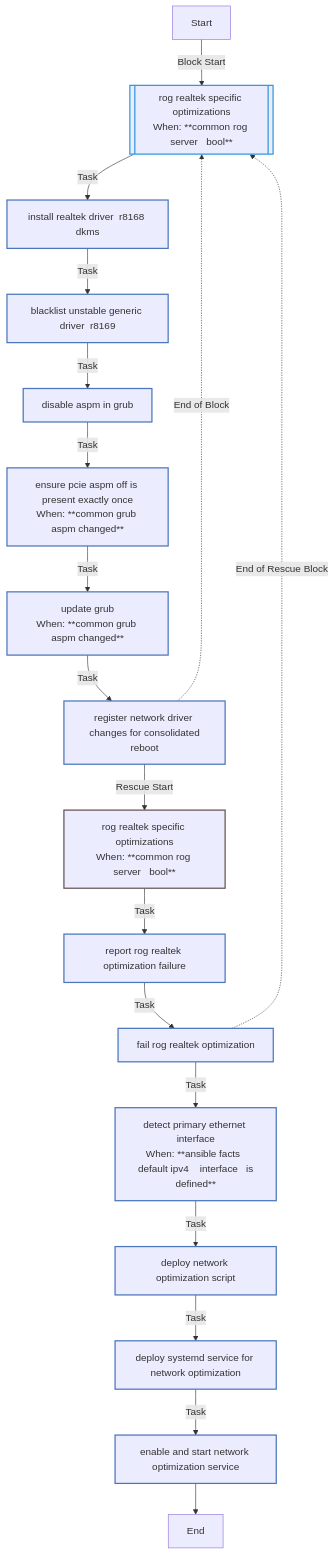
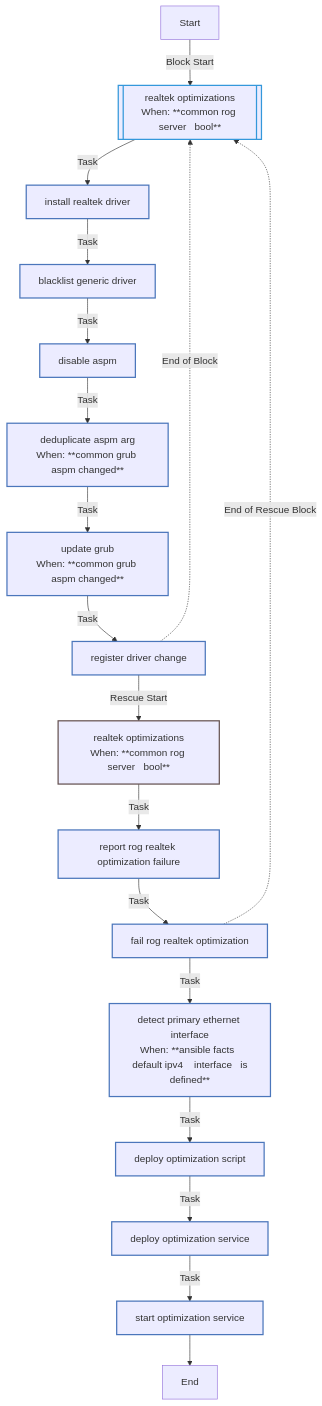
One commit to rou-cru/k3s-homelab changed the fifth of 8 diagrams in roles/common/README.md. Above: the diagram before and after it, drawn with Mermaid. The commit also changed other lines of this file and 16 other files, not shown here.

````diff
--- a/roles/common/README.md
+++ b/roles/common/README.md
@@ -456,30 +456,30 @@
 ```mermaid
 flowchart TD
 Start
 classDef block stroke:#3498db,stroke-width:2px;
 classDef task stroke:#4b76bb,stroke-width:2px;
 classDef includeTasks stroke:#16a085,stroke-width:2px;
 classDef importTasks stroke:#34495e,stroke-width:2px;
 classDef includeRole stroke:#2980b9,stroke-width:2px;
 classDef importRole stroke:#699ba7,stroke-width:2px;
 classDef includeVars stroke:#8e44ad,stroke-width:2px;
 classDef rescue stroke:#665352,stroke-width:2px;
 
-  Start-->|Block Start| RoG_Realtek_Specific_Optimizations0_block_start_0[[rog realtek specific optimizations<br>When: **common rog server   bool**]]:::block
-  RoG_Realtek_Specific_Optimizations0_block_start_0-->|Task| Install_Realtek_driver__r8168_dkms_0[install realtek driver  r8168 dkms ]:::task
-  Install_Realtek_driver__r8168_dkms_0-->|Task| Blacklist_unstable_generic_driver__r8169_1[blacklist unstable generic driver  r8169 ]:::task
-  Blacklist_unstable_generic_driver__r8169_1-->|Task| Disable_ASPM_in_GRUB2[disable aspm in grub]:::task
-  Disable_ASPM_in_GRUB2-->|Task| Ensure_pcie_aspm_off_is_present_exactly_once3[ensure pcie aspm off is present exactly once<br>When: **common grub aspm changed**]:::task
-  Ensure_pcie_aspm_off_is_present_exactly_once3-->|Task| Update_GRUB4[update grub<br>When: **common grub aspm changed**]:::task
-  Update_GRUB4-->|Task| Register_network_driver_changes_for_consolidated_reboot5[register network driver changes for consolidated<br>reboot]:::task
-  Register_network_driver_changes_for_consolidated_reboot5-.->|End of Block| RoG_Realtek_Specific_Optimizations0_block_start_0
-  Register_network_driver_changes_for_consolidated_reboot5-->|Rescue Start| RoG_Realtek_Specific_Optimizations0_rescue_start_0[rog realtek specific optimizations<br>When: **common rog server   bool**]:::rescue
-  RoG_Realtek_Specific_Optimizations0_rescue_start_0-->|Task| Report_RoG_Realtek_optimization_failure0[report rog realtek optimization failure]:::task
+  Start-->|Block Start| Realtek_optimizations0_block_start_0[[realtek optimizations<br>When: **common rog server   bool**]]:::block
+  Realtek_optimizations0_block_start_0-->|Task| Install_Realtek_driver0[install realtek driver]:::task
+  Install_Realtek_driver0-->|Task| Blacklist_generic_driver1[blacklist generic driver]:::task
+  Blacklist_generic_driver1-->|Task| Disable_ASPM2[disable aspm]:::task
+  Disable_ASPM2-->|Task| Deduplicate_ASPM_arg3[deduplicate aspm arg<br>When: **common grub aspm changed**]:::task
+  Deduplicate_ASPM_arg3-->|Task| Update_GRUB4[update grub<br>When: **common grub aspm changed**]:::task
+  Update_GRUB4-->|Task| Register_driver_change5[register driver change]:::task
+  Register_driver_change5-.->|End of Block| Realtek_optimizations0_block_start_0
+  Register_driver_change5-->|Rescue Start| Realtek_optimizations0_rescue_start_0[realtek optimizations<br>When: **common rog server   bool**]:::rescue
+  Realtek_optimizations0_rescue_start_0-->|Task| Report_RoG_Realtek_optimization_failure0[report rog realtek optimization failure]:::task
   Report_RoG_Realtek_optimization_failure0-->|Task| Fail_RoG_Realtek_optimization1[fail rog realtek optimization]:::task
-  Fail_RoG_Realtek_optimization1-.->|End of Rescue Block| RoG_Realtek_Specific_Optimizations0_block_start_0
+  Fail_RoG_Realtek_optimization1-.->|End of Rescue Block| Realtek_optimizations0_block_start_0
   Fail_RoG_Realtek_optimization1-->|Task| Detect_primary_ethernet_interface1[detect primary ethernet interface<br>When: **ansible facts  default ipv4    interface   is<br>defined**]:::task
-  Detect_primary_ethernet_interface1-->|Task| Deploy_network_optimization_script2[deploy network optimization script]:::task
-  Deploy_network_optimization_script2-->|Task| Deploy_systemd_service_for_network_optimization3[deploy systemd service for network optimization]:::task
-  Deploy_systemd_service_for_network_optimization3-->|Task| Enable_and_start_network_optimization_service4[enable and start network optimization service]:::task
-  Enable_and_start_network_optimization_service4-->End
+  Detect_primary_ethernet_interface1-->|Task| Deploy_optimization_script2[deploy optimization script]:::task
+  Deploy_optimization_script2-->|Task| Deploy_optimization_service3[deploy optimization service]:::task
+  Deploy_optimization_service3-->|Task| Start_optimization_service4[start optimization service]:::task
+  Start_optimization_service4-->End
 ```
````
